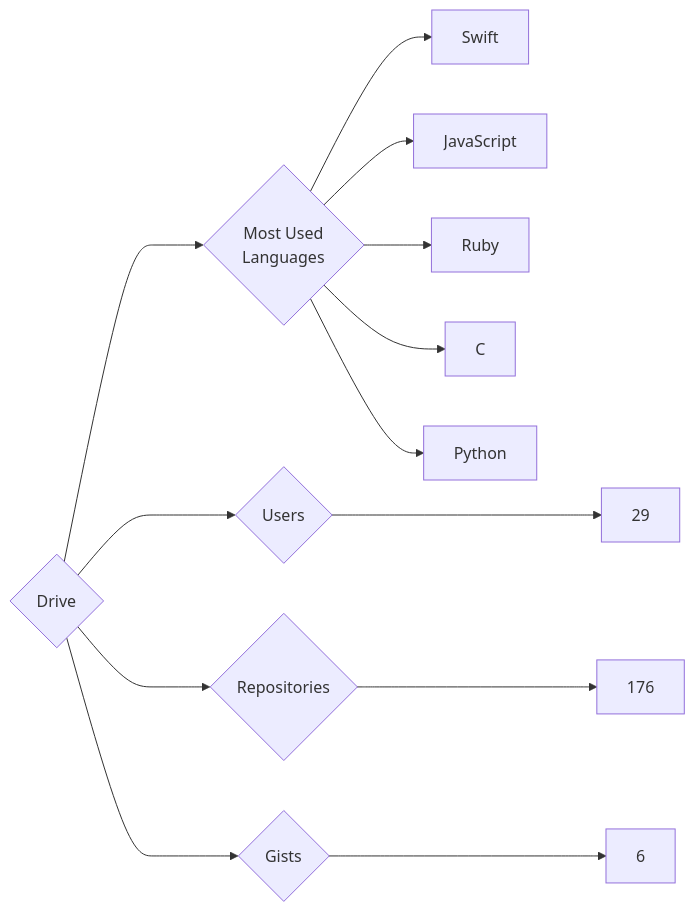
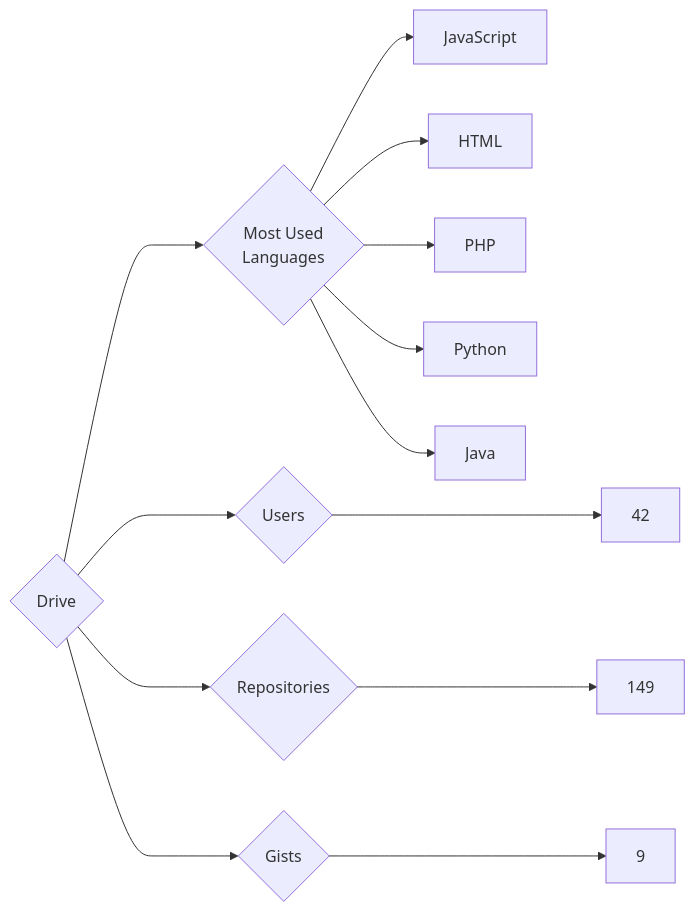
One commit to trickest/insiders changed the diagram in targets/Drive/README.md. Above: the diagram before and after it, drawn with Mermaid. The commit also changed 930 other files, not shown here.

````diff
--- a/targets/Drive/README.md
+++ b/targets/Drive/README.md
@@ -3,13 +3,13 @@
 ```mermaid
 graph LR
 COMPANY_NAME{Drive}
-COMPANY_NAME ---> U{Users} ---> UN[29]
-COMPANY_NAME ---> R{Repositories} ---> RN[176]
-COMPANY_NAME ---> G{Gists} ---> GN[6]
+COMPANY_NAME ---> U{Users} ---> UN[42]
+COMPANY_NAME ---> R{Repositories} ---> RN[149]
+COMPANY_NAME ---> G{Gists} ---> GN[9]
 COMPANY_NAME ---> ML{Most Used<br>Languages}
-ML --> Swift[Swift]
 ML --> JavaScript[JavaScript]
-ML --> Ruby[Ruby]
-ML --> C[C]
+ML --> HTML[HTML]
+ML --> PHP[PHP]
 ML --> Python[Python]
+ML --> Java[Java]
 ```
````
